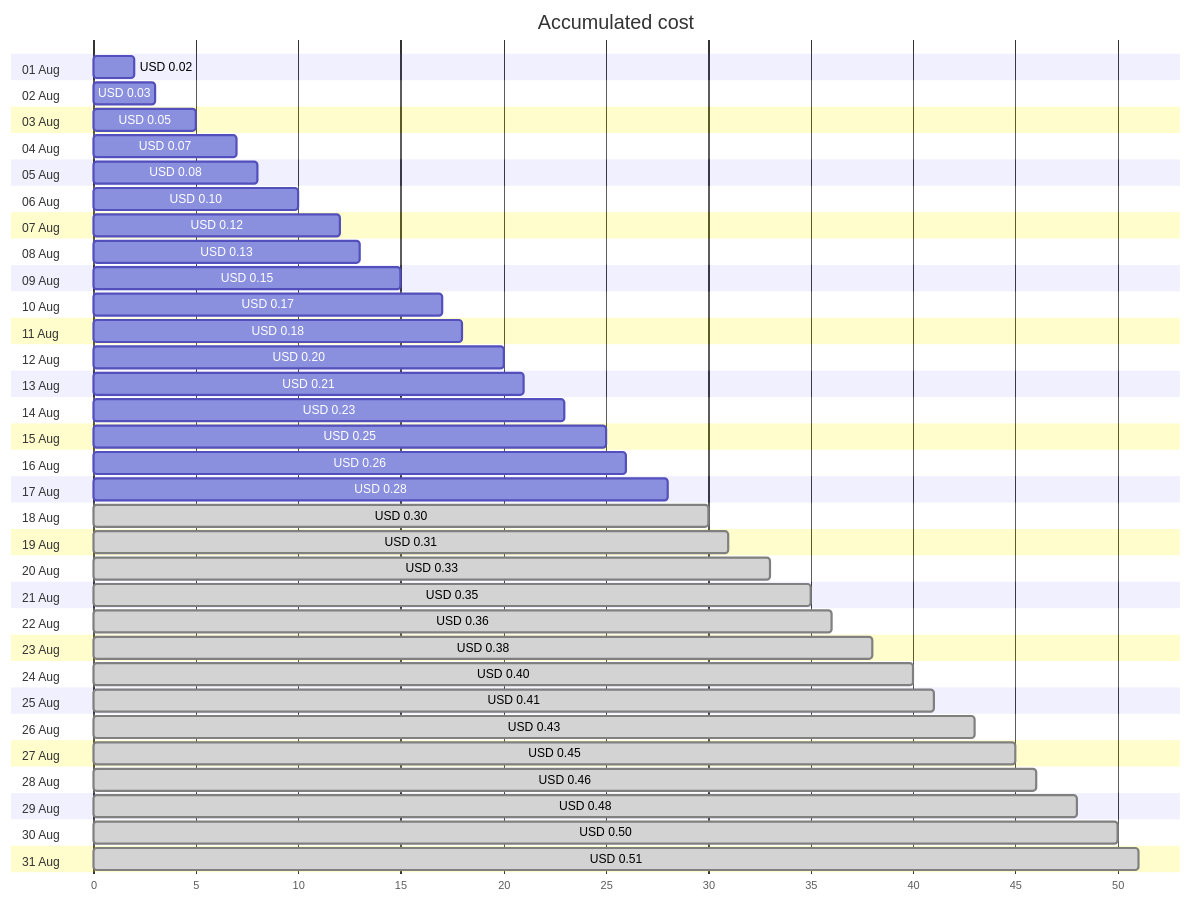
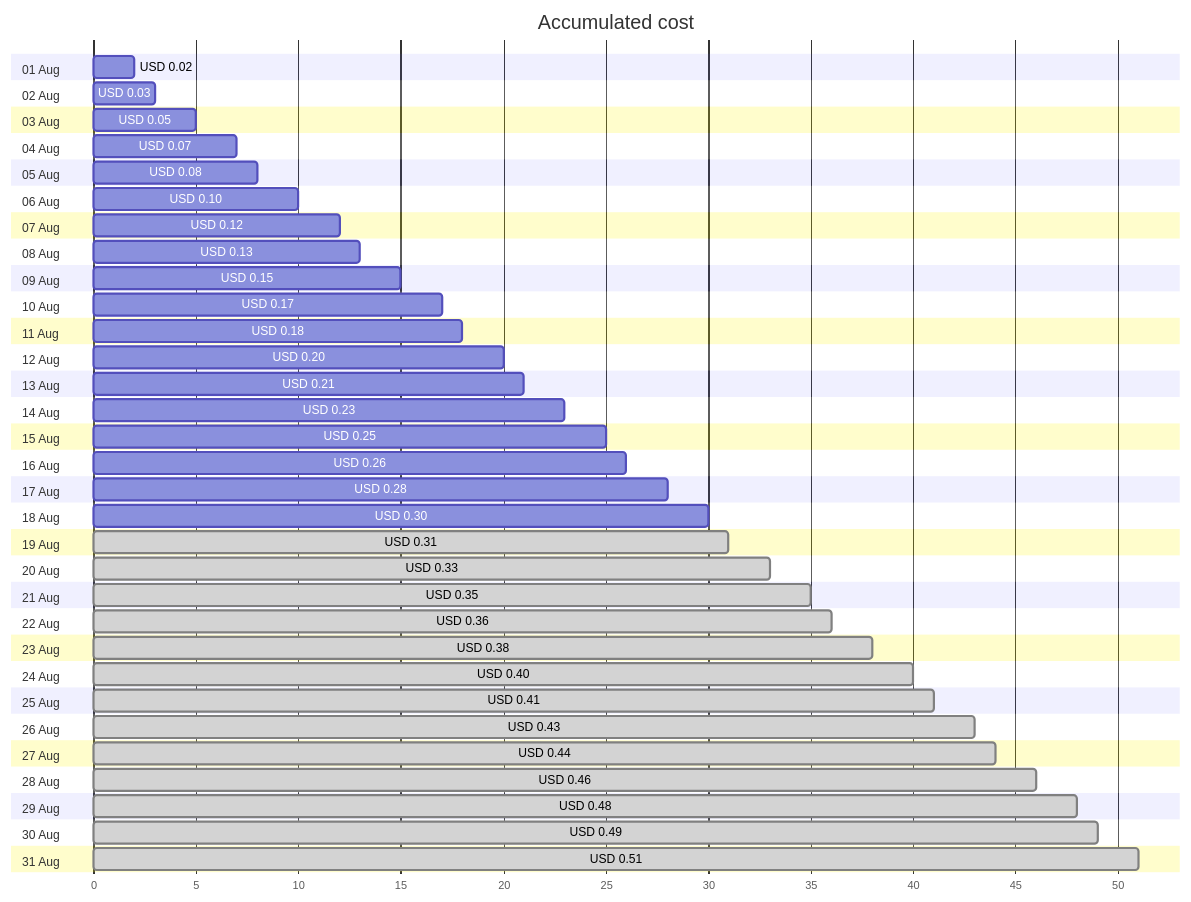
Before and after one commit to jpfulton/azure-personal-reports: the first of 4 diagrams in cost-reports/personal-dns/jpatrickfulton.dev.md, drawn with Mermaid. The commit also changed other lines of this file and 2 other files, not shown here.

````diff
--- a/cost-reports/personal-dns/jpatrickfulton.dev.md
+++ b/cost-reports/personal-dns/jpatrickfulton.dev.md
@@ -20,68 +20,68 @@
 ```mermaid
 gantt
    title Accumulated cost
    dateFormat  X
    axisFormat %s
    section 01 Aug
    USD 0.02 :0, 2
    section 02 Aug
    USD 0.03 :0, 3
    section 03 Aug
    USD 0.05 :0, 5
    section 04 Aug
    USD 0.07 :0, 7
    section 05 Aug
    USD 0.08 :0, 8
    section 06 Aug
    USD 0.10 :0, 10
    section 07 Aug
    USD 0.12 :0, 12
    section 08 Aug
    USD 0.13 :0, 13
    section 09 Aug
    USD 0.15 :0, 15
    section 10 Aug
    USD 0.17 :0, 17
    section 11 Aug
    USD 0.18 :0, 18
    section 12 Aug
    USD 0.20 :0, 20
    section 13 Aug
    USD 0.21 :0, 21
    section 14 Aug
    USD 0.23 :0, 23
    section 15 Aug
    USD 0.25 :0, 25
    section 16 Aug
    USD 0.26 :0, 26
    section 17 Aug
    USD 0.28 :0, 28
    section 18 Aug
-   USD 0.30 : done, 0, 30
+   USD 0.30 :0, 30
    section 19 Aug
    USD 0.31 : done, 0, 31
    section 20 Aug
    USD 0.33 : done, 0, 33
    section 21 Aug
    USD 0.35 : done, 0, 35
    section 22 Aug
    USD 0.36 : done, 0, 36
    section 23 Aug
    USD 0.38 : done, 0, 38
    section 24 Aug
    USD 0.40 : done, 0, 40
    section 25 Aug
    USD 0.41 : done, 0, 41
    section 26 Aug
    USD 0.43 : done, 0, 43
    section 27 Aug
-   USD 0.45 : done, 0, 45
+   USD 0.44 : done, 0, 44
    section 28 Aug
    USD 0.46 : done, 0, 46
    section 29 Aug
    USD 0.48 : done, 0, 48
    section 30 Aug
-   USD 0.50 : done, 0, 50
+   USD 0.49 : done, 0, 49
    section 31 Aug
    USD 0.51 : done, 0, 51
 ```
````
